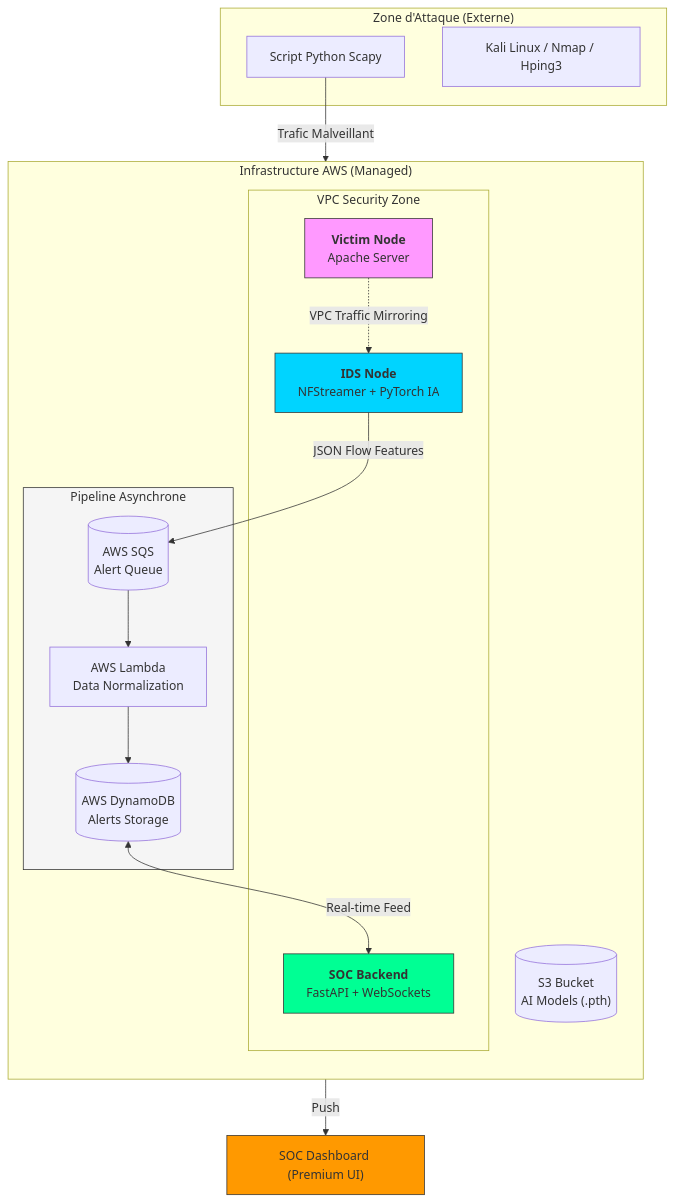
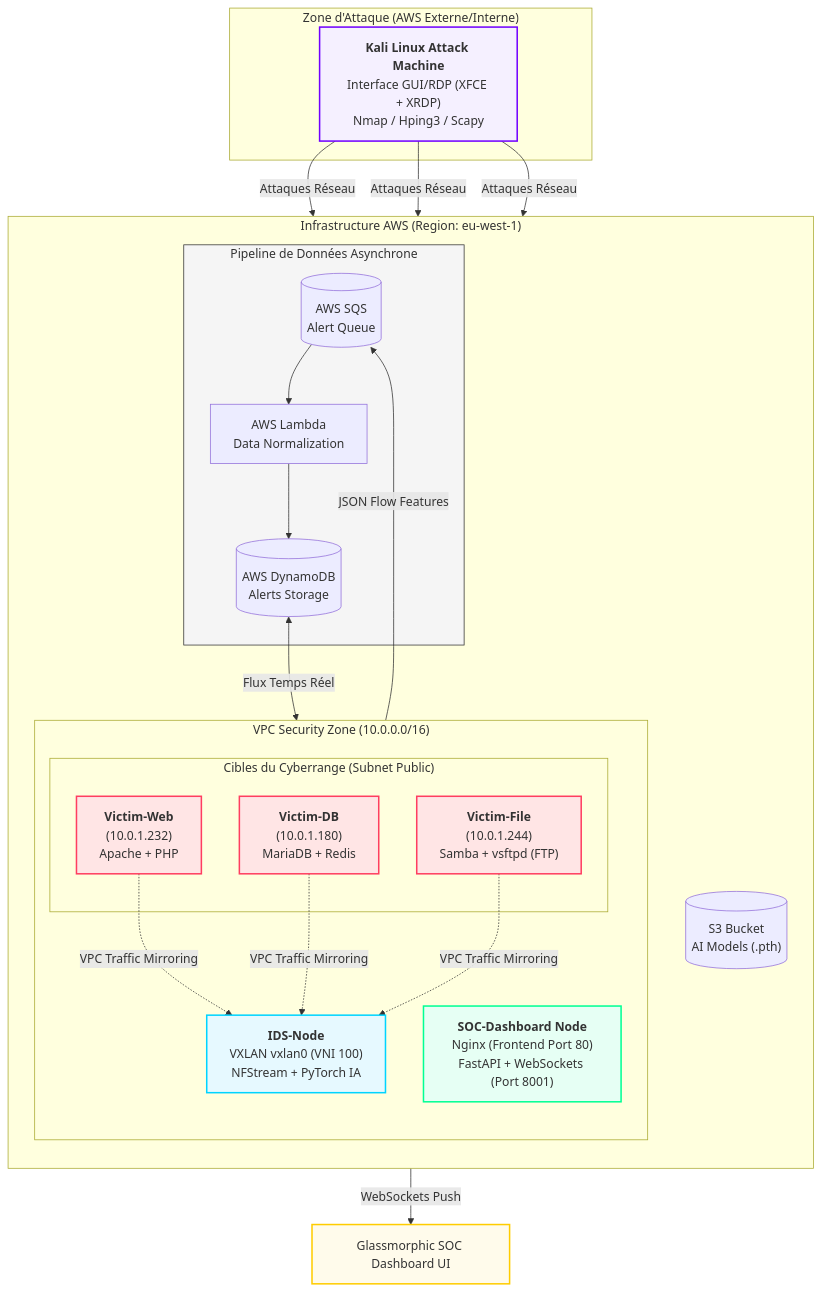
One commit to Math-ieu/PFE-NIDS-AI changed the diagram in README.md. Above: the diagram before and after it, drawn with Mermaid. The commit also changed other lines of this file and 38 other files, not shown here.

Commit message:
refactor: migrate dashboard frontend to React with Vite and update infrastructure configurations

````diff
--- a/README.md
+++ b/README.md
@@ -57,43 +57,57 @@
 ```mermaid
 flowchart TB
-    subgraph ATTACK["Zone d'Attaque (Externe)"]
-        ATK[Script Python Scapy]
-        KALI[Kali Linux / Nmap / Hping3]
+    subgraph ATTACK["Zone d'Attaque (AWS Externe/Interne)"]
+        KALI["<b>Kali Linux Attack Machine</b><br/>Interface GUI/RDP (XFCE + XRDP)<br/>Nmap / Hping3 / Scapy"]
     end
 
-    subgraph AWS["Infrastructure AWS (Managed)"]
+    subgraph AWS["Infrastructure AWS (Region: eu-west-1)"]
         direction TB
 
-        subgraph VPC["VPC Security Zone"]
-            VICTIM["<b>Victim Node</b><br/>Apache Server"]
-            IDS["<b>IDS Node</b><br/>NFStreamer + PyTorch IA"]
-            SOC_SRV["<b>SOC Backend</b><br/>FastAPI + WebSockets"]
+        subgraph VPC["VPC Security Zone (10.0.0.0/16)"]
+            direction TB
+            subgraph VICTIMS["Cibles du Cyberrange (Subnet Public)"]
+                V_WEB["<b>Victim-Web</b><br/>(10.0.1.232)<br/>Apache + PHP"]
+                V_DB["<b>Victim-DB</b><br/>(10.0.1.180)<br/>MariaDB + Redis"]
+                V_FILE["<b>Victim-File</b><br/>(10.0.1.244)<br/>Samba + vsftpd (FTP)"]
+            end
+
+            IDS["<b>IDS-Node</b><br/>VXLAN vxlan0 (VNI 100)<br/>NFStream + PyTorch IA"]
+            SOC_SRV["<b>SOC-Dashboard Node</b><br/>Nginx (Frontend Port 80)<br/>FastAPI + WebSockets (Port 8001)"]
         end
 
-        subgraph PIPELINE["Pipeline Asynchrone"]
+        subgraph PIPELINE["Pipeline de Données Asynchrone"]
             SQS[("AWS SQS<br/>Alert Queue")]
             LAMBDA["AWS Lambda<br/>Data Normalization"]
             DYNAMO[("AWS DynamoDB<br/>Alerts Storage")]
         end
 
         S3[("S3 Bucket<br/>AI Models (.pth)")]
     end
 
-    %% Network Flow
-    ATK -->|Trafic Malveillant| VICTIM
-    VICTIM -.->|VPC Traffic Mirroring| IDS
+    %% Network & Attack Flows
+    KALI -->|Attaques Réseau| V_WEB
+    KALI -->|Attaques Réseau| V_DB
+    KALI -->|Attaques Réseau| V_FILE
     
-    %% Data Flow
+    %% Traffic Mirroring Flows
+    V_WEB -.->|VPC Traffic Mirroring| IDS
+    V_DB -.->|VPC Traffic Mirroring| IDS
+    V_FILE -.->|VPC Traffic Mirroring| IDS
+
+    %% Data Pipeline Flow
     IDS -->|JSON Flow Features| SQS
     SQS --> LAMBDA
     LAMBDA --> DYNAMO
-    DYNAMO <-->|Real-time Feed| SOC_SRV
-    SOC_SRV -->|Push| UI["SOC Dashboard (Premium UI)"]
+    DYNAMO <-->|Flux Temps Réel| SOC_SRV
+    SOC_SRV -->|WebSockets Push| UI["Glassmorphic SOC Dashboard UI"]
 
     %% Styles
-    style VICTIM fill:#f9f,stroke:#333
-    style IDS fill:#00d4ff,stroke:#333
-    style SOC_SRV fill:#00ff94,stroke:#333
+    style V_WEB fill:#ffe5e5,stroke:#ff3e60,stroke-width:2px
+    style V_DB fill:#ffe5e5,stroke:#ff3e60,stroke-width:2px
+    style V_FILE fill:#ffe5e5,stroke:#ff3e60,stroke-width:2px
+    style IDS fill:#e6f9ff,stroke:#00d4ff,stroke-width:2px
+    style SOC_SRV fill:#e6fff4,stroke:#00ff94,stroke-width:2px
+    style KALI fill:#f5f0ff,stroke:#7000ff,stroke-width:2px
     style PIPELINE fill:#f5f5f5,stroke:#333
-    style UI fill:#ff9900,stroke:#333
+    style UI fill:#fffbeb,stroke:#ffcc00,stroke-width:2px
 ```
````
